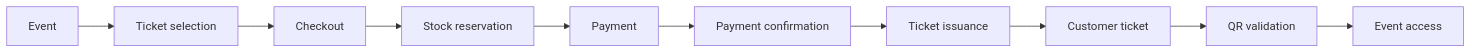
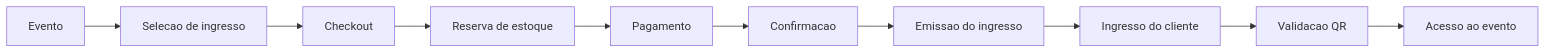
Before and after one commit to filpe19/tickiton-case-study: the first of 2 diagrams in README.md, drawn with Mermaid. The commit also changed other lines of this file, not shown here.

````diff
--- a/README.md
+++ b/README.md
@@ -25,12 +25,12 @@
 ```mermaid
 flowchart LR
-    A[Event] --> B[Ticket selection]
+    A[Evento] --> B[Selecao de ingresso]
     B --> C[Checkout]
-    C --> D[Stock reservation]
-    D --> E[Payment]
-    E --> F[Payment confirmation]
-    F --> G[Ticket issuance]
-    G --> H[Customer ticket]
-    H --> I[QR validation]
-    I --> J[Event access]
+    C --> D[Reserva de estoque]
+    D --> E[Pagamento]
+    E --> F[Confirmacao]
+    F --> G[Emissao do ingresso]
+    G --> H[Ingresso do cliente]
+    H --> I[Validacao QR]
+    I --> J[Acesso ao evento]
 ```
````
